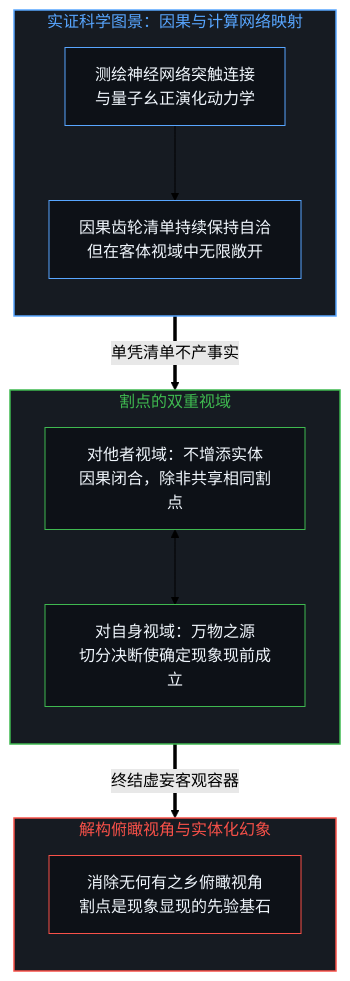
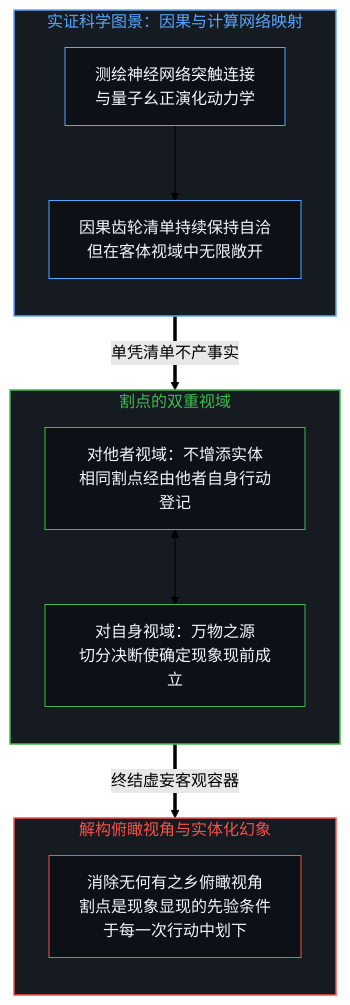
Before and after one commit to powerpig99/not-a-toe: the seventh of 8 diagrams in content/posts/consciousness-ascription-and-the-quantum-cut.md, drawn with Mermaid (forest theme). The commit also changed other lines of this file and 1 other file, not shown here.

````diff
--- a/content/posts/consciousness-ascription-and-the-quantum-cut.md
+++ b/content/posts/consciousness-ascription-and-the-quantum-cut.md
@@ -225,32 +225,32 @@
 ```mermaid
 flowchart TD
     subgraph S_EMPIRICAL_ZH ["实证科学图景：因果与计算网络映射"]
         direction TB
         style S_EMPIRICAL_ZH fill:#161b22,stroke:#58a6ff,stroke-width:1.5px,color:#58a6ff
         E_Map["测绘神经网络突触连接<br/>与量子幺正演化动力学"]
         E_Extend["因果齿轮清单持续保持自洽<br/>但在客体视域中无限敞开"]
         E_Map --> E_Extend
         style E_Map fill:#0d1117,stroke:#58a6ff,stroke-width:1px,color:#f0f6fc
         style E_Extend fill:#0d1117,stroke:#58a6ff,stroke-width:1px,color:#f0f6fc
     end
 
     subgraph S_HORIZON_ZH ["割点的双重视域"]
         direction TB
         style S_HORIZON_ZH fill:#161b22,stroke:#3fb950,stroke-width:1.5px,color:#3fb950
-        N_Other["对他者视域：不增添实体<br/>因果闭合，除非共享相同割点"]
+        N_Other["对他者视域：不增添实体<br/>相同割点经由他者自身行动登记"]
         N_Self["对自身视域：万物之源<br/>切分决断使确定现象现前成立"]
         N_Other <--> N_Self
         style N_Other fill:#0d1117,stroke:#3fb950,stroke-width:1px,color:#f0f6fc
         style N_Self fill:#0d1117,stroke:#3fb950,stroke-width:1px,color:#f0f6fc
     end
 
     subgraph S_RESOLUTION_ZH ["解构俯瞰视角与实体化幻象"]
         direction TB
         style S_RESOLUTION_ZH fill:#161b22,stroke:#f85149,stroke-width:1.5px,color:#f85149
-        R_Scaffold["消除无何有之乡俯瞰视角<br/>割点是现象显现的先验基石"]
+        R_Scaffold["消除无何有之乡俯瞰视角<br/>割点是现象显现的先验条件<br/>于每一次行动中划下"]
         style R_Scaffold fill:#0d1117,stroke:#f85149,stroke-width:1px,color:#f0f6fc
     end
 
     E_Extend ==>|"单凭清单不产事实"| S_HORIZON_ZH
     S_HORIZON_ZH ==>|"终结虚妄客观容器"| R_Scaffold
 ```
````
